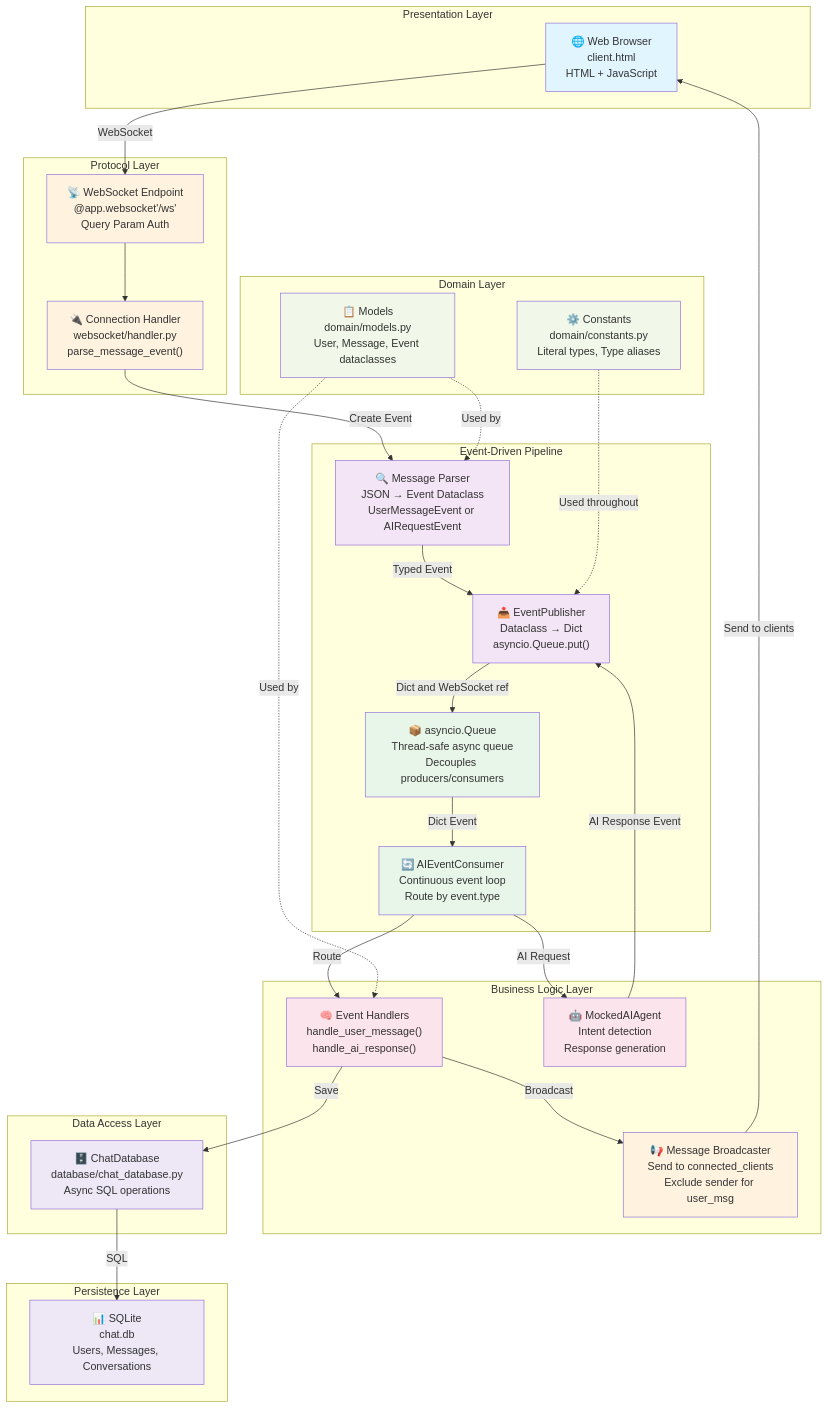
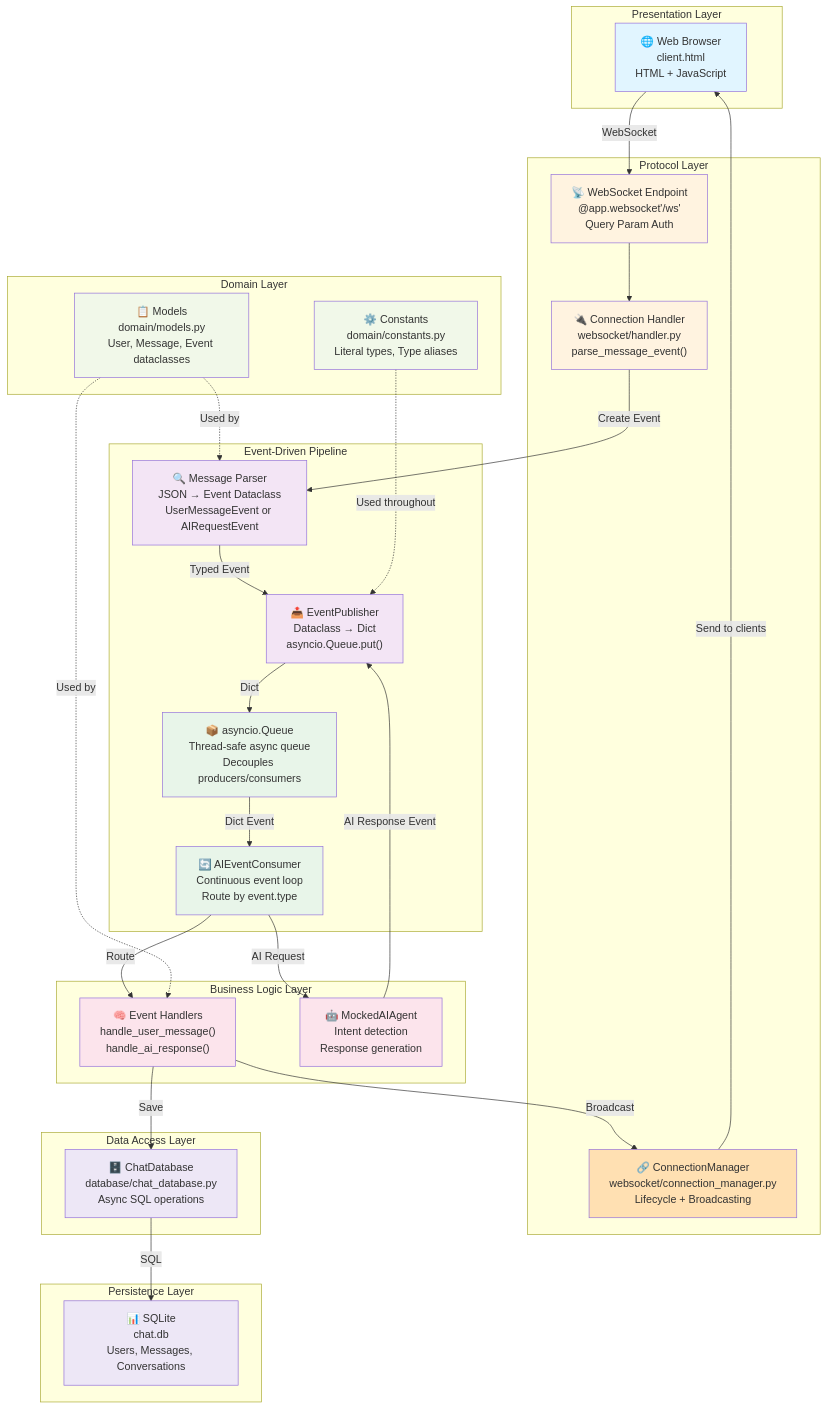
One commit to RogelioLozano/co-counsel-challenge changed the second of 2 diagrams in README.md. Above: the diagram before and after it, drawn with Mermaid. The commit also changed other lines of this file and 4 other files, not shown here.

Commit message:
Implement ConnectionManager for WebSocket lifecycle and broadcasting; refactor related components

````diff
--- a/README.md
+++ b/README.md
@@ -188,69 +192,69 @@
 ```mermaid
 graph TB
     subgraph "Presentation Layer"
         CLIENT["🌐 Web Browser<br/>client.html<br/>HTML + JavaScript"]
     end
     
     subgraph "Protocol Layer"
         WS["📡 WebSocket Endpoint<br/>@app.websocket'/ws'<br/>Query Param Auth"]
         HANDLER["🔌 Connection Handler<br/>websocket/handler.py<br/>parse_message_event()"]
+        CONNMGR["🔗 ConnectionManager<br/>websocket/connection_manager.py<br/>Lifecycle + Broadcasting"]
     end
     
     subgraph "Event-Driven Pipeline"
         PARSER["🔍 Message Parser<br/>JSON → Event Dataclass<br/>UserMessageEvent or AIRequestEvent"]
         PUBLISHER["📤 EventPublisher<br/>Dataclass → Dict<br/>asyncio.Queue.put()"]
         QUEUE["📦 asyncio.Queue<br/>Thread-safe async queue<br/>Decouples producers/consumers"]
         CONSUMER["🔄 AIEventConsumer<br/>Continuous event loop<br/>Route by event.type"]
     end
     
     subgraph "Business Logic Layer"
         HANDLERS["🧠 Event Handlers<br/>handle_user_message()<br/>handle_ai_response()"]
         AGENT["🤖 MockedAIAgent<br/>Intent detection<br/>Response generation"]
-        BROADCAST["📢 Message Broadcaster<br/>Send to connected_clients<br/>Exclude sender for user_msg"]
     end
     
     subgraph "Data Access Layer"
         DB_CLASS["🗄️ ChatDatabase<br/>database/chat_database.py<br/>Async SQL operations"]
     end
     
     subgraph "Persistence Layer"
         SQLITE["📊 SQLite<br/>chat.db<br/>Users, Messages, Conversations"]
     end
     
     subgraph "Domain Layer"
         MODELS["📋 Models<br/>domain/models.py<br/>User, Message, Event dataclasses"]
         CONSTS["⚙️ Constants<br/>domain/constants.py<br/>Literal types, Type aliases"]
     end
     
     CLIENT -->|WebSocket| WS
     WS --> HANDLER
     HANDLER -->|Create Event| PARSER
     PARSER -->|Typed Event| PUBLISHER
-    PUBLISHER -->|Dict and WebSocket ref| QUEUE
+    PUBLISHER -->|Dict| QUEUE
     QUEUE -->|Dict Event| CONSUMER
     CONSUMER -->|Route| HANDLERS
     CONSUMER -->|AI Request| AGENT
     AGENT -->|AI Response Event| PUBLISHER
     HANDLERS -->|Save| DB_CLASS
-    HANDLERS -->|Broadcast| BROADCAST
-    BROADCAST -->|Send to clients| CLIENT
+    HANDLERS -->|Broadcast| CONNMGR
+    CONNMGR -->|Send to clients| CLIENT
     DB_CLASS -->|SQL| SQLITE
     MODELS -.->|Used by| PARSER
     MODELS -.->|Used by| HANDLERS
     CONSTS -.->|Used throughout| PUBLISHER
     
     style CLIENT fill:#e1f5ff
     style WS fill:#fff3e0
     style HANDLER fill:#fff3e0
+    style CONNMGR fill:#ffe0b2
     style PARSER fill:#f3e5f5
     style PUBLISHER fill:#f3e5f5
     style QUEUE fill:#e8f5e9
     style CONSUMER fill:#e8f5e9
     style HANDLERS fill:#fce4ec
     style AGENT fill:#fce4ec
-    style BROADCAST fill:#fff3e0
     style DB_CLASS fill:#ede7f6
     style SQLITE fill:#ede7f6
     style MODELS fill:#f1f8e9
     style CONSTS fill:#f1f8e9
 ```
````
